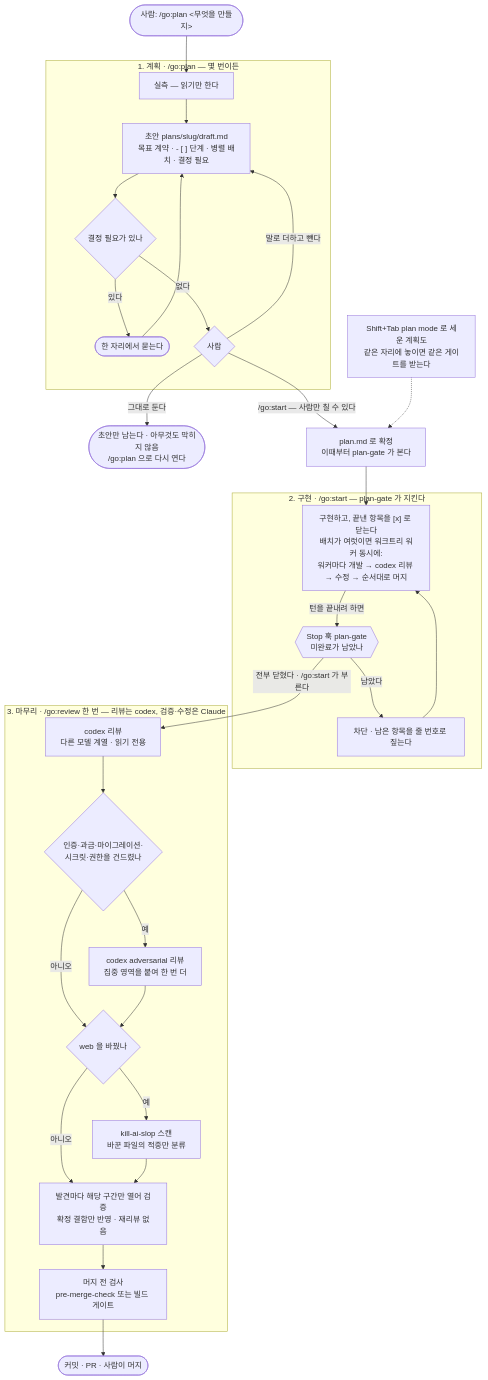
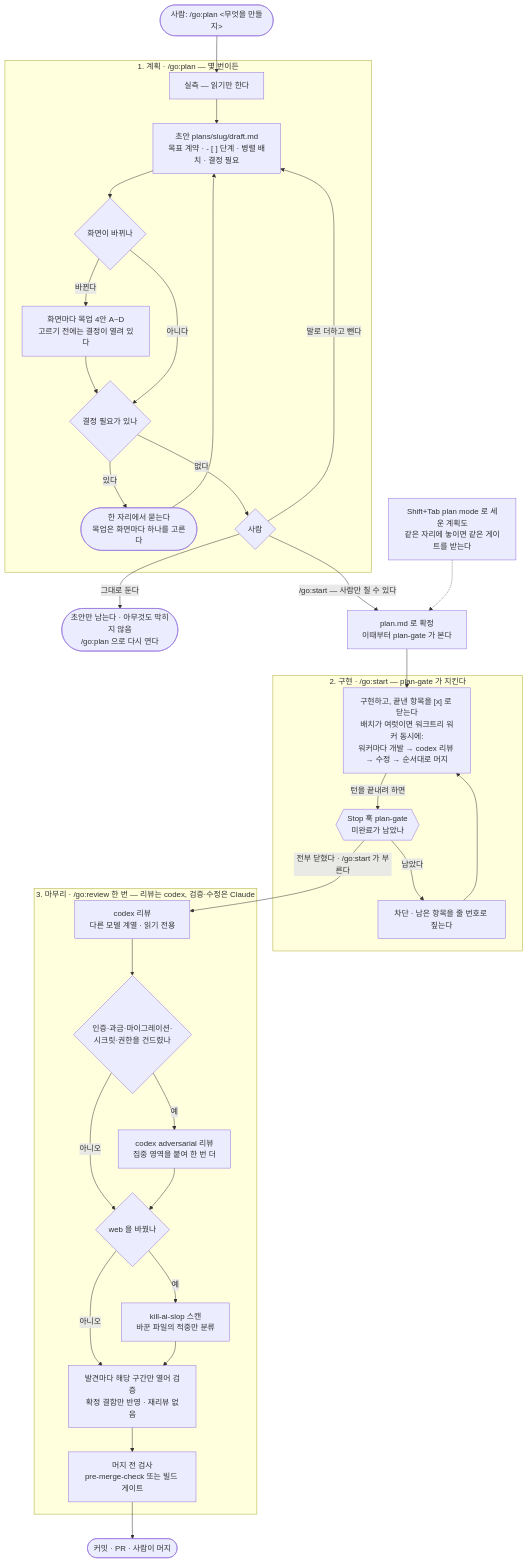
The first of 3 diagrams in README.md (jwjinn/go-skill), drawn with Mermaid before and after one commit. The commit also changed other lines of this file and 2 other files, not shown here.

Commit message:
feat(go): 화면을 바꾸는 계획이면 /go:plan 이 화면마다 목업 4안을 만들고 고르게 한다 (#9)
사용자 요청(2026-10-12): 「UI UX 를 개선해야 하는 경우에는 … 개발을 해야 하는 화면 별 4가지 목업을
만들어서, 사용자가 선택을 해야 구현을 할 수 있게 해줄 수 있나? 항상 그렇게 ui 개발을 진행을 했어서」.
옛 체인의 「결정 필요 · [선행 산출물] 목업 4안 · [선택]」을 /go:plan 안으로 다시 넣는다.

- skills/plan: 2-b 절 신설. 화면의 구성·배치·상호작용이 바뀌는 단계가 있으면 화면마다 Agent 하나가
  목업 A~D 와 index.html 을 만든다(저장소 목업 규약을 따르고, 없으면 .claude/plans/<slug>/mockups/).
  초안 「결정 필요」에 `[목업]` 줄을 올리고 AskUserQuestion 으로 화면마다 고르게 한다. 고른 안은 그 화면
  단계의 `명세:` 가 된다. 협의 루프에서 「목업 다시」는 그 화면만 다시 만든다. 쓰는 파일은 draft.md 와 목업.
- skills/start: 고르지 않은 [목업] 줄이 있으면 확정하지 않는다. `명세:` 가 붙은 단계는 그 목업을 그대로
  구현하고, 더하거나 뺀 것은 보고에 사유를 적는다. 병렬 워커에는 목업을 절대 경로로 넘긴다(워크트리에는
  커밋하지 않은 목업이 없다).
- README: 명령 표 · 흐름도(화면이 바뀌나 → 목업 4안) · 다섯 줄.

````diff
--- a/README.md
+++ b/README.md
@@ -23,37 +23,39 @@
 ```mermaid
 flowchart TD
     U(["사람: /go:plan <무엇을 만들지>"]) --> PM
 
     subgraph S1["1. 계획 · /go:plan — 몇 번이든"]
         PM["실측 — 읽기만 한다"] --> PF["초안 plans/slug/draft.md<br/>목표 계약 · - [ ] 단계 · 병렬 배치 · 결정 필요"]
-        PF --> DQ{"결정 필요가 있나"}
-        DQ -->|"있다"| ASK(["한 자리에서 묻는다"]) --> PF
+        PF --> MQ{"화면이 바뀌나"}
+        MQ -->|"바뀐다"| MK["화면마다 목업 4안 A~D<br/>고르기 전에는 결정이 열려 있다"] --> DQ
+        MQ -->|"아니다"| DQ{"결정 필요가 있나"}
+        DQ -->|"있다"| ASK(["한 자리에서 묻는다<br/>목업은 화면마다 하나를 고른다"]) --> PF
         DQ -->|"없다"| OK{"사람"}
         OK -->|"말로 더하고 뺀다"| PF
     end
 
     OK -->|"그대로 둔다"| HOLD(["초안만 남는다 · 아무것도 막히지 않음<br/>/go:plan 으로 다시 연다"])
     OK -->|"/go:start — 사람만 칠 수 있다"| CONF["plan.md 로 확정<br/>이때부터 plan-gate 가 본다"] --> IM
     G["Shift+Tab plan mode 로 세운 계획도<br/>같은 자리에 놓이면 같은 게이트를 받는다"] -.-> CONF
 
     subgraph S2["2. 구현 · /go:start — plan-gate 가 지킨다"]
         IM["구현하고, 끝낸 항목을 [x] 로 닫는다<br/>배치가 여럿이면 워크트리 워커 동시에:<br/>워커마다 개발 → codex 리뷰 → 수정 → 순서대로 머지"] -->|"턴을 끝내려 하면"| GT{{"Stop 훅 plan-gate<br/>미완료가 남았나"}}
         GT -->|"남았다"| BL["차단 · 남은 항목을 줄 번호로 짚는다"]
         BL --> IM
     end
 
     GT -->|"전부 닫혔다 · /go:start 가 부른다"| CX
 
     subgraph S3["3. 마무리 · /go:review 한 번 — 리뷰는 codex, 검증·수정은 Claude"]
         CX["codex 리뷰<br/>다른 모델 계열 · 읽기 전용"] --> SEN{"인증·과금·마이그레이션·<br/>시크릿·권한을 건드렸나"}
         SEN -->|"예"| ADV["codex adversarial 리뷰<br/>집중 영역을 붙여 한 번 더"]
         SEN -->|"아니오"| WB{"web 을 바꿨나"}
         ADV --> WB
         WB -->|"예"| SL["kill-ai-slop 스캔<br/>바꾼 파일의 적중만 분류"]
         WB -->|"아니오"| FX
         SL --> FX["발견마다 해당 구간만 열어 검증<br/>확정 결함만 반영 · 재리뷰 없음"]
         FX --> CK["머지 전 검사<br/>pre-merge-check 또는 빌드 게이트"]
     end
 
     CK --> PR(["커밋 · PR · 사람이 머지"])
 ```
````
